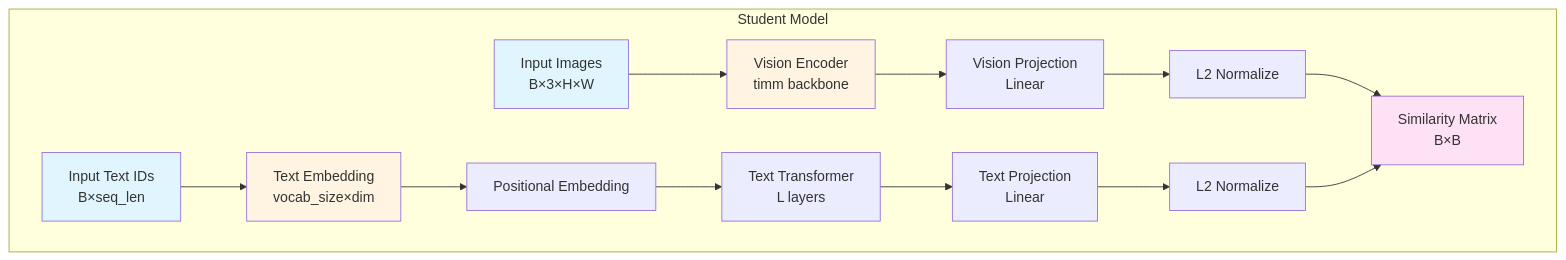
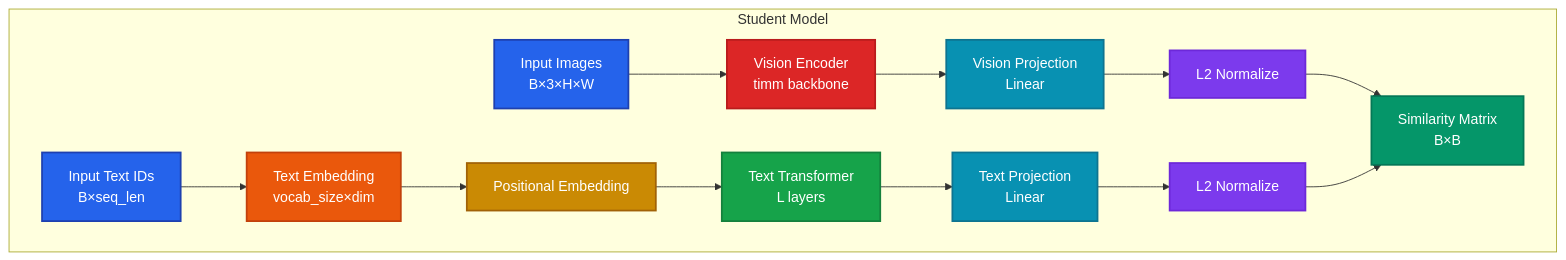
Before and after one commit to duoan/TinySigLIP: the first of 2 diagrams in README.md, drawn with Mermaid. The commit also changed other lines of this file, not shown here.

Commit message:
Refactor README to improve clarity and consistency in loss function descriptions and visual styles. Update loss equations to use inline formatting and enhance diagram styles for better visual representation of model components.

````diff
--- a/README.md
+++ b/README.md
@@ -13,21 +13,27 @@
 ```mermaid
 graph TB
     subgraph "Student Model"
         I[Input Images<br/>B×3×H×W] --> VE[Vision Encoder<br/>timm backbone]
         T[Input Text IDs<br/>B×seq_len] --> TE[Text Embedding<br/>vocab_size×dim]
         TE --> TP[Positional Embedding]
         TP --> TT[Text Transformer<br/>L layers]
         VE --> VP[Vision Projection<br/>Linear]
         TT --> TP2[Text Projection<br/>Linear]
         VP --> NF1[L2 Normalize]
         TP2 --> NF2[L2 Normalize]
         NF1 --> SIM[Similarity Matrix<br/>B×B]
         NF2 --> SIM
     end
 
-    style I fill:#e1f5ff
-    style T fill:#e1f5ff
-    style VE fill:#fff4e1
-    style TE fill:#fff4e1
-    style SIM fill:#ffe1f5
+    style I fill:#2563eb,stroke:#1e40af,stroke-width:2px,color:#fff
+    style T fill:#2563eb,stroke:#1e40af,stroke-width:2px,color:#fff
+    style VE fill:#dc2626,stroke:#b91c1c,stroke-width:2px,color:#fff
+    style TE fill:#ea580c,stroke:#c2410c,stroke-width:2px,color:#fff
+    style TP fill:#ca8a04,stroke:#a16207,stroke-width:2px,color:#fff
+    style TT fill:#16a34a,stroke:#15803d,stroke-width:2px,color:#fff
+    style VP fill:#0891b2,stroke:#0e7490,stroke-width:2px,color:#fff
+    style TP2 fill:#0891b2,stroke:#0e7490,stroke-width:2px,color:#fff
+    style NF1 fill:#7c3aed,stroke:#6d28d9,stroke-width:2px,color:#fff
+    style NF2 fill:#7c3aed,stroke:#6d28d9,stroke-width:2px,color:#fff
+    style SIM fill:#059669,stroke:#047857,stroke-width:2px,color:#fff
 ```
````
